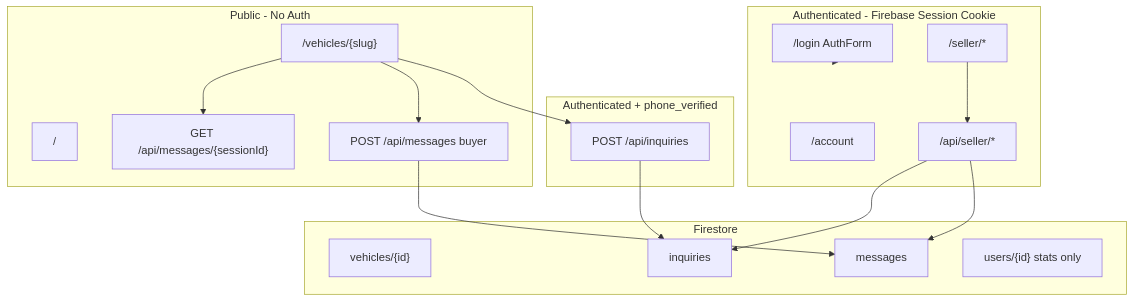
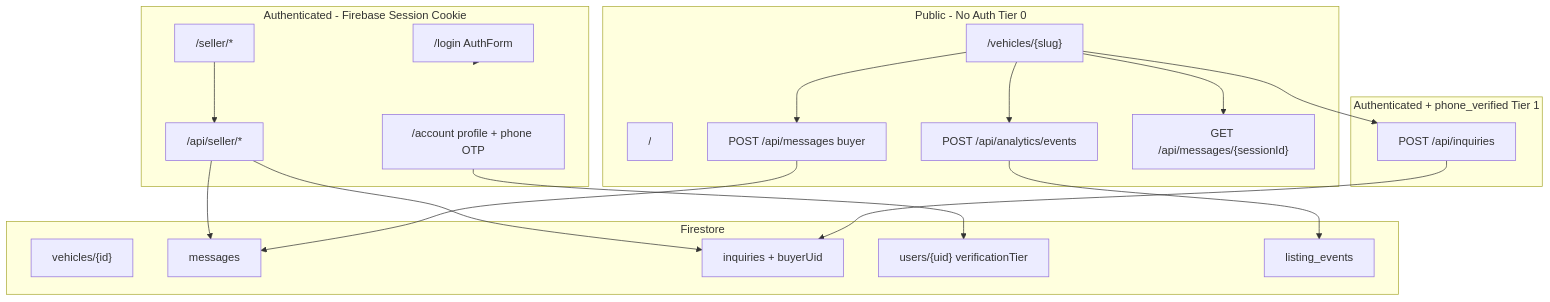
The first of 3 diagrams in VERIFICATION_ROADMAP.md (jlfassio-vibecoder/sellbyownerlocal), drawn with Mermaid before and after one commit. The commit also changed other lines of this file and 21 other files, not shown here.

First line of the commit message:
Add listing analytics telemetry, aggregation API, and seller Insights tab.

````diff
--- a/VERIFICATION_ROADMAP.md
+++ b/VERIFICATION_ROADMAP.md
@@ -28,37 +29,42 @@
 ```mermaid
 flowchart TB
-  subgraph public [Public - No Auth]
+  subgraph public [Public - No Auth Tier 0]
     Home["/"]
     Listing["/vehicles/{slug}"]
+    AnalyticsAPI["POST /api/analytics/events"]
     MsgAPI["POST /api/messages buyer"]
     MsgGet["GET /api/messages/{sessionId}"]
   end
 
-  subgraph gated [Authenticated + phone_verified]
-    InvAPI["POST /api/inquiries"]
+  subgraph auth [Authenticated - Firebase Session Cookie]
+    Login["/login AuthForm"]
+    Account["/account profile + phone OTP"]
+    Seller["/seller/*"]
+    SellerAPI["/api/seller/*"]
   end
 
-  subgraph auth [Authenticated - Firebase Session Cookie]
-    Login["/login AuthForm"]
-    Account["/account"]
-    Seller["/seller/*"]
-    SellerAPI["/api/seller/*"]
+  subgraph gated [Authenticated + phone_verified Tier 1]
+    InvAPI["POST /api/inquiries"]
   end
 
   subgraph firestore [Firestore]
     Vehicles["vehicles/{id}"]
     Messages["messages"]
-    Inquiries["inquiries"]
-    Users["users/{id} stats only"]
+    Inquiries["inquiries + buyerUid"]
+    Users["users/{uid} verificationTier"]
+    Events["listing_events"]
   end
 
-  Listing --> InvAPI
+  Listing --> AnalyticsAPI
   Listing --> MsgAPI
   Listing --> MsgGet
+  Listing --> InvAPI
   Login --> auth
+  Account --> Users
   Seller --> SellerAPI
   InvAPI --> Inquiries
   MsgAPI --> Messages
+  AnalyticsAPI --> Events
   SellerAPI --> Messages
   SellerAPI --> Inquiries
 ```
````
